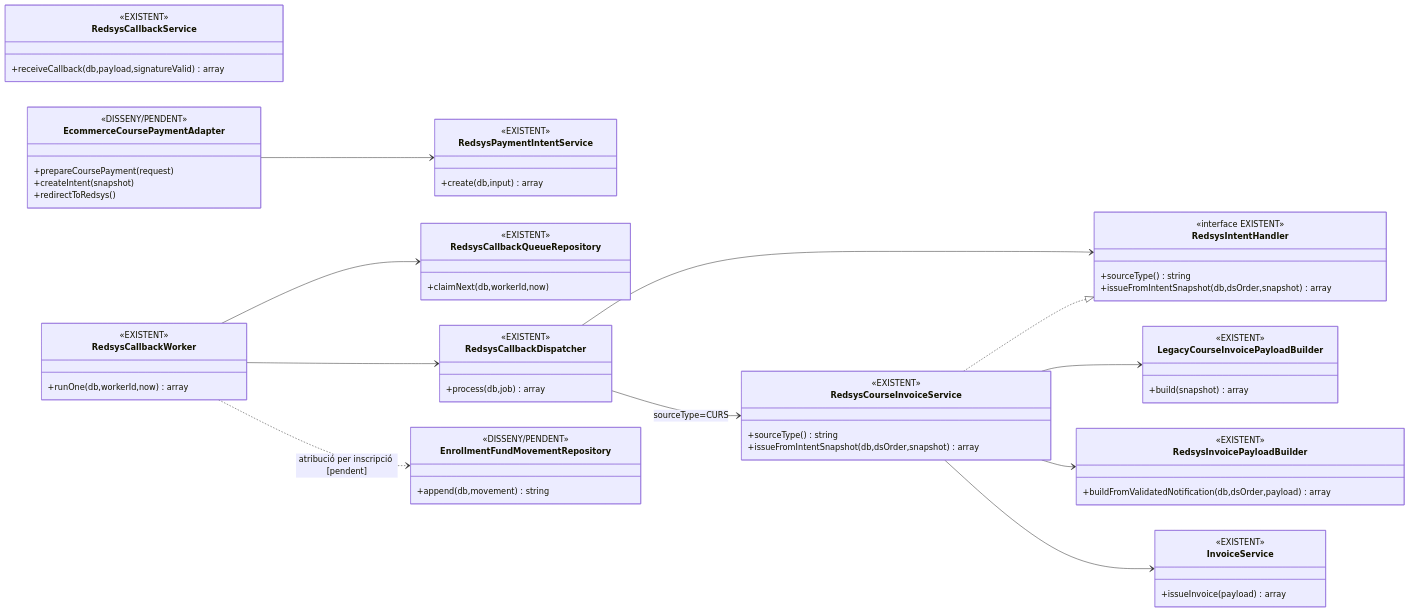
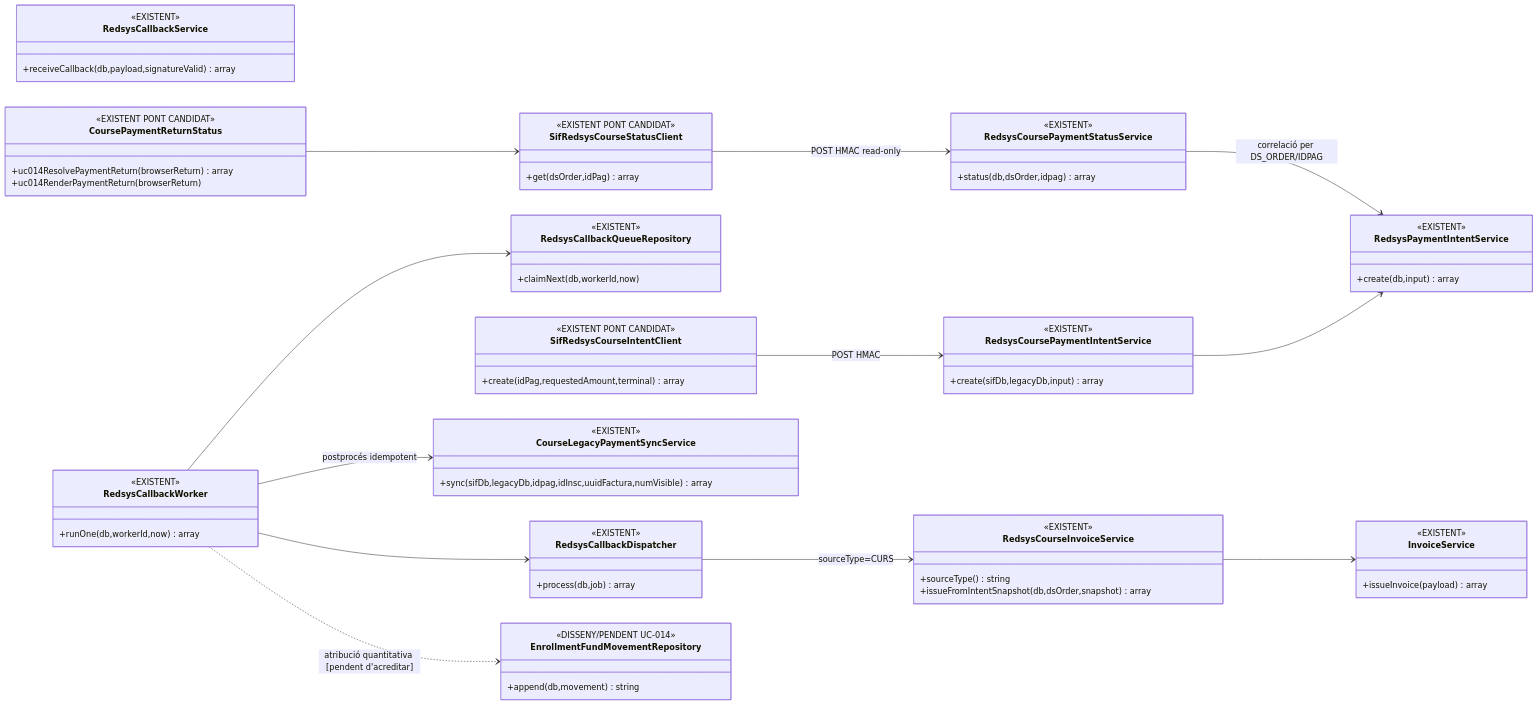
Before and after one commit to orgmeriemprismacat-del/verifactu: the second of 2 diagrams in documentacio/07-uml-integrat/uc-014-classes-actual-final.md, drawn with Mermaid. The commit also changed other lines of this file, not shown here.

Commit message:
docs(UC-014): actualitza classes amb pont i retorn autoritatiu

````diff
--- a/documentacio/07-uml-integrat/uc-014-classes-actual-final.md
+++ b/documentacio/07-uml-integrat/uc-014-classes-actual-final.md
@@ -113,6 +113,16 @@
 ```mermaid
 classDiagram
 direction LR
+
+class SifRedsysCourseIntentClient {
+  <<EXISTENT PONT CANDIDAT>>
+  +create(idPag,requestedAmount,terminal) array
+}
+
+class RedsysCoursePaymentIntentService {
+  <<EXISTENT>>
+  +create(sifDb,legacyDb,input) array
+}
 
 class RedsysPaymentIntentService {
   <<EXISTENT>>
@@ -139,26 +149,10 @@
   +process(db,job) array
 }
 
-class RedsysIntentHandler {
-  <<interface EXISTENT>>
-  +sourceType() string
-  +issueFromIntentSnapshot(db,dsOrder,snapshot) array
-}
-
 class RedsysCourseInvoiceService {
   <<EXISTENT>>
   +sourceType() string
   +issueFromIntentSnapshot(db,dsOrder,snapshot) array
-}
-
-class LegacyCourseInvoicePayloadBuilder {
-  <<EXISTENT>>
-  +build(snapshot) array
-}
-
-class RedsysInvoicePayloadBuilder {
-  <<EXISTENT>>
-  +buildFromValidatedNotification(db,dsOrder,payload) array
 }
 
 class InvoiceService {
@@ -166,26 +160,41 @@
   +issueInvoice(payload) array
 }
 
-class EcommerceCoursePaymentAdapter {
-  <<DISSENY/PENDENT>>
-  +prepareCoursePayment(request)
-  +createIntent(snapshot)
-  +redirectToRedsys()
+class CourseLegacyPaymentSyncService {
+  <<EXISTENT>>
+  +sync(sifDb,legacyDb,idpag,idInsc,uuidFactura,numVisible) array
+}
+
+class RedsysCoursePaymentStatusService {
+  <<EXISTENT>>
+  +status(db,dsOrder,idpag) array
+}
+
+class SifRedsysCourseStatusClient {
+  <<EXISTENT PONT CANDIDAT>>
+  +get(dsOrder,idPag) array
+}
+
+class CoursePaymentReturnStatus {
+  <<EXISTENT PONT CANDIDAT>>
+  +uc014ResolvePaymentReturn(browserReturn) array
+  +uc014RenderPaymentReturn(browserReturn)
 }
 
 class EnrollmentFundMovementRepository {
-  <<DISSENY/PENDENT>>
+  <<DISSENY/PENDENT UC-014>>
   +append(db,movement) string
 }
 
+SifRedsysCourseIntentClient --> RedsysCoursePaymentIntentService : POST HMAC
+RedsysCoursePaymentIntentService --> RedsysPaymentIntentService
 RedsysCallbackWorker --> RedsysCallbackQueueRepository
 RedsysCallbackWorker --> RedsysCallbackDispatcher
-RedsysCallbackDispatcher --> RedsysIntentHandler
-RedsysCourseInvoiceService ..|> RedsysIntentHandler
-RedsysCourseInvoiceService --> LegacyCourseInvoicePayloadBuilder
-RedsysCourseInvoiceService --> RedsysInvoicePayloadBuilder
+RedsysCallbackDispatcher --> RedsysCourseInvoiceService : sourceType=CURS
 RedsysCourseInvoiceService --> InvoiceService
-EcommerceCoursePaymentAdapter --> RedsysPaymentIntentService
-RedsysCallbackDispatcher --> RedsysCourseInvoiceService : sourceType=CURS
-RedsysCallbackWorker ..> EnrollmentFundMovementRepository : atribució per inscripció [pendent]
+RedsysCallbackWorker --> CourseLegacyPaymentSyncService : postprocés idempotent
+CoursePaymentReturnStatus --> SifRedsysCourseStatusClient
+SifRedsysCourseStatusClient --> RedsysCoursePaymentStatusService : POST HMAC read-only
+RedsysCoursePaymentStatusService --> RedsysPaymentIntentService : correlació per DS_ORDER/IDPAG
+RedsysCallbackWorker ..> EnrollmentFundMovementRepository : atribució quantitativa [pendent d'acreditar]
 ```
````
